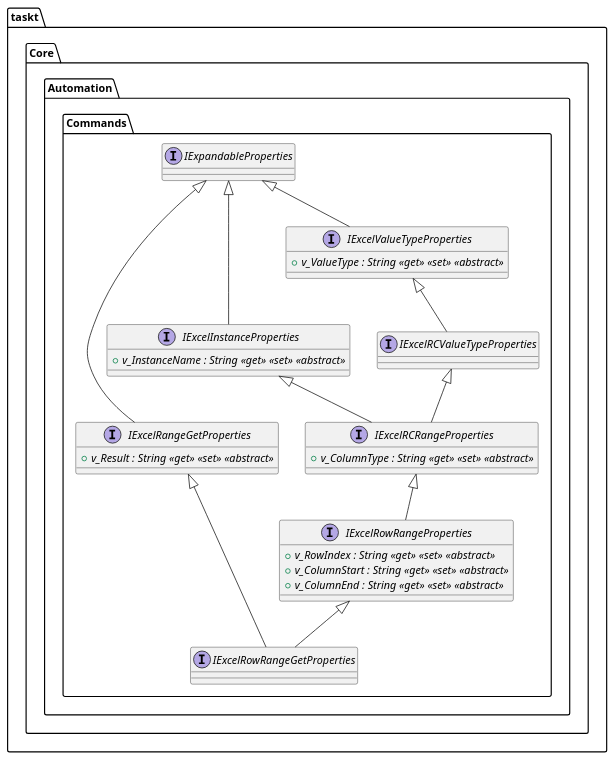
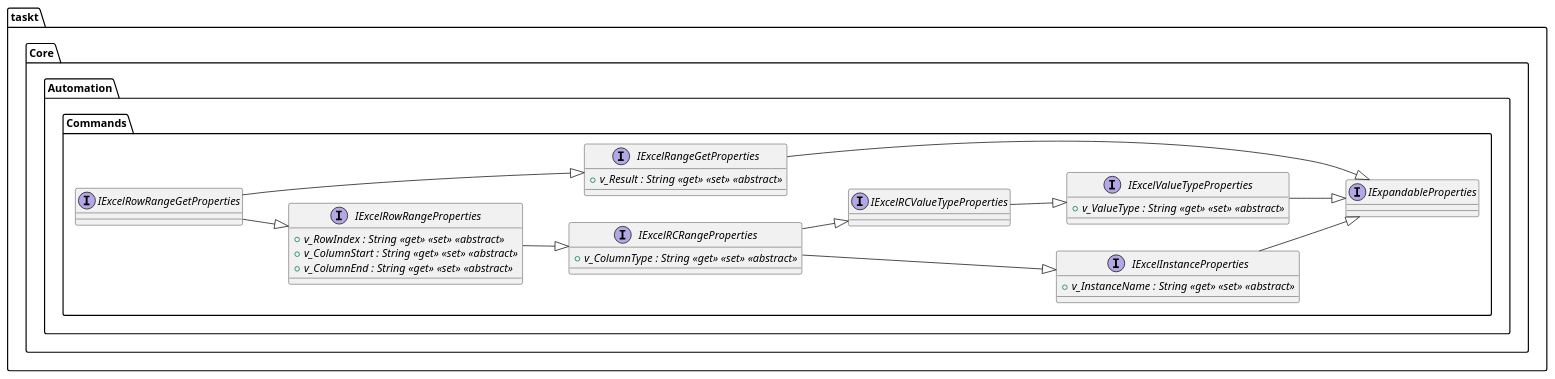
The diagram in taskt/Core/Automation/Commands/ExcelGroup/IExcelRowRangeGetProperties.puml (saucepleez/taskt), drawn with PlantUML before and after one commit. The commit also changed 1201 other files, not shown here.

```diff
--- a/taskt/Core/Automation/Commands/ExcelGroup/IExcelRowRangeGetProperties.puml
+++ b/taskt/Core/Automation/Commands/ExcelGroup/IExcelRowRangeGetProperties.puml
@@ -1,59 +1,59 @@
 @startuml
+left to right direction
 package "taskt.Core.Automation.Commands"{
 Interface "IExcelRowRangeGetProperties" {
 }
 }
 
 package "taskt.Core.Automation.Commands"{
 Interface "IExcelRowRangeProperties" {
 +{abstract} v_RowIndex : String <<get>> <<set>> <<abstract>> 
 +{abstract} v_ColumnStart : String <<get>> <<set>> <<abstract>> 
 +{abstract} v_ColumnEnd : String <<get>> <<set>> <<abstract>> 
 }
 }
 
 package "taskt.Core.Automation.Commands"{
 Interface "IExcelRangeGetProperties" {
 +{abstract} v_Result : String <<get>> <<set>> <<abstract>> 
 }
 }
 
 package "taskt.Core.Automation.Commands"{
 Interface "IExcelRCRangeProperties" {
 +{abstract} v_ColumnType : String <<get>> <<set>> <<abstract>> 
 }
 }
 
 package "taskt.Core.Automation.Commands"{
 Interface "IExpandableProperties" {
 }
 }
 
 package "taskt.Core.Automation.Commands"{
 Interface "IExcelInstanceProperties" {
 +{abstract} v_InstanceName : String <<get>> <<set>> <<abstract>> 
 }
 }
 
 package "taskt.Core.Automation.Commands"{
 Interface "IExcelRCValueTypeProperties" {
 }
 }
 
 package "taskt.Core.Automation.Commands"{
 Interface "IExcelValueTypeProperties" {
 +{abstract} v_ValueType : String <<get>> <<set>> <<abstract>> 
 }
 }
 
-
-taskt.Core.Automation.Commands.IExcelRowRangeProperties <|-- taskt.Core.Automation.Commands.IExcelRowRangeGetProperties
-taskt.Core.Automation.Commands.IExcelRangeGetProperties <|-- taskt.Core.Automation.Commands.IExcelRowRangeGetProperties
-taskt.Core.Automation.Commands.IExcelRCRangeProperties <|-- taskt.Core.Automation.Commands.IExcelRowRangeProperties
-taskt.Core.Automation.Commands.IExpandableProperties <|-- taskt.Core.Automation.Commands.IExcelRangeGetProperties
-taskt.Core.Automation.Commands.IExcelInstanceProperties <|-- taskt.Core.Automation.Commands.IExcelRCRangeProperties
-taskt.Core.Automation.Commands.IExcelRCValueTypeProperties <|-- taskt.Core.Automation.Commands.IExcelRCRangeProperties
-taskt.Core.Automation.Commands.IExpandableProperties <|-- taskt.Core.Automation.Commands.IExcelInstanceProperties
-taskt.Core.Automation.Commands.IExcelValueTypeProperties <|-- taskt.Core.Automation.Commands.IExcelRCValueTypeProperties
-taskt.Core.Automation.Commands.IExpandableProperties <|-- taskt.Core.Automation.Commands.IExcelValueTypeProperties
+taskt.Core.Automation.Commands.IExcelRowRangeGetProperties --|> taskt.Core.Automation.Commands.IExcelRowRangeProperties
+taskt.Core.Automation.Commands.IExcelRowRangeGetProperties --|> taskt.Core.Automation.Commands.IExcelRangeGetProperties
+taskt.Core.Automation.Commands.IExcelRowRangeProperties --|> taskt.Core.Automation.Commands.IExcelRCRangeProperties
+taskt.Core.Automation.Commands.IExcelRangeGetProperties --|> taskt.Core.Automation.Commands.IExpandableProperties
+taskt.Core.Automation.Commands.IExcelRCRangeProperties --|> taskt.Core.Automation.Commands.IExcelInstanceProperties
+taskt.Core.Automation.Commands.IExcelRCRangeProperties --|> taskt.Core.Automation.Commands.IExcelRCValueTypeProperties
+taskt.Core.Automation.Commands.IExcelInstanceProperties --|> taskt.Core.Automation.Commands.IExpandableProperties
+taskt.Core.Automation.Commands.IExcelRCValueTypeProperties --|> taskt.Core.Automation.Commands.IExcelValueTypeProperties
+taskt.Core.Automation.Commands.IExcelValueTypeProperties --|> taskt.Core.Automation.Commands.IExpandableProperties
 @enduml
```
